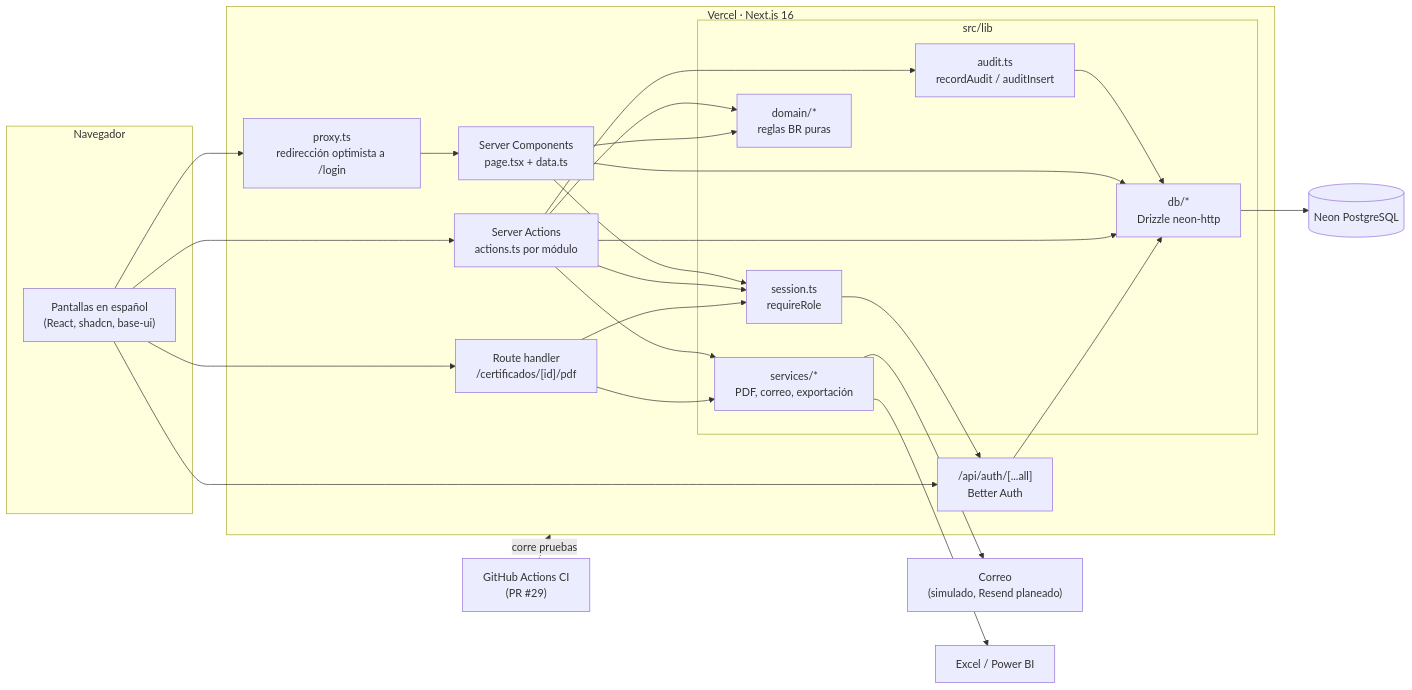
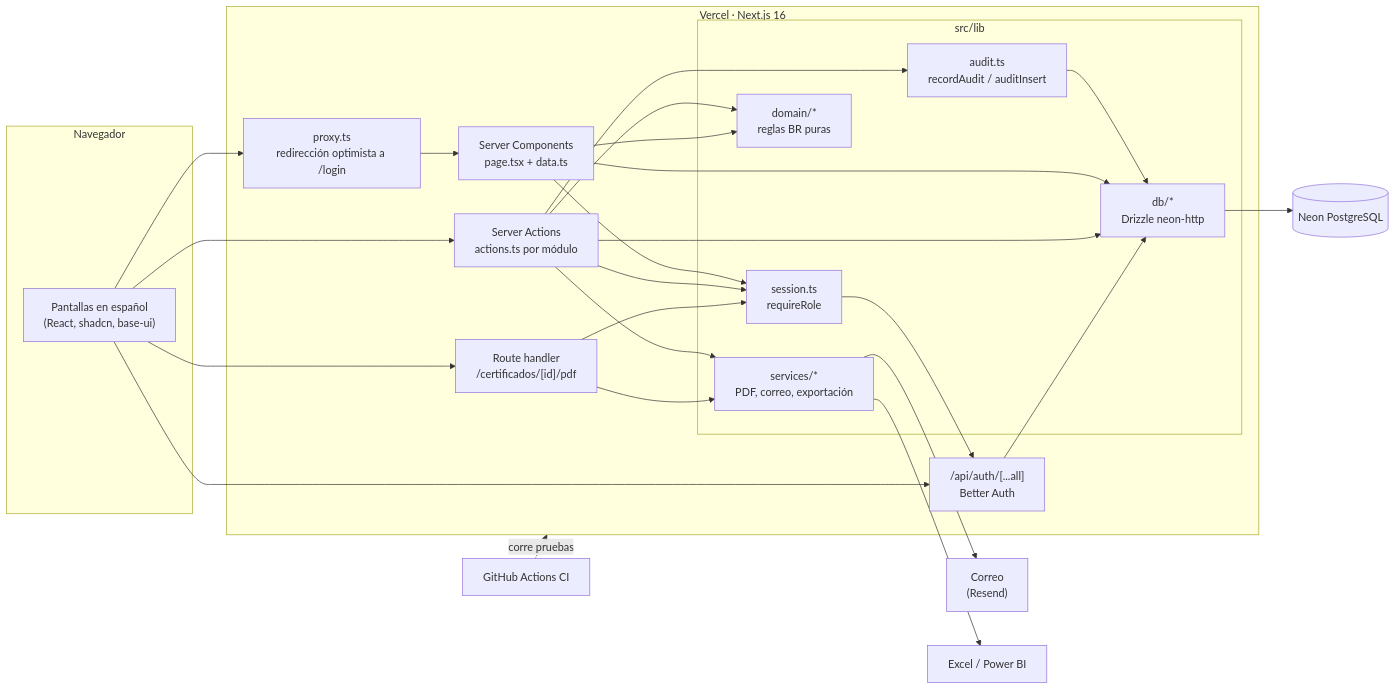
One commit to Freddy-Nader/harinas-elizondo changed the first of 5 diagrams in docs/especificacion-tecnica-es.md. Above: the diagram before and after it, drawn with Mermaid. The commit also changed other lines of this file and 5 other files, not shown here.

First line of the commit message:
docs: architecture, database and process documents with a docs index

````diff
--- a/docs/especificacion-tecnica-es.md
+++ b/docs/especificacion-tecnica-es.md
@@ -44,48 +44,48 @@
 ```mermaid
 flowchart LR
   subgraph Cliente["Navegador"]
     UI["Pantallas en español<br/>(React, shadcn, base-ui)"]
   end
 
   subgraph Vercel["Vercel · Next.js 16"]
     Proxy["proxy.ts<br/>redirección optimista a /login"]
     RSC["Server Components<br/>page.tsx + data.ts"]
     SA["Server Actions<br/>actions.ts por módulo"]
     PDFRoute["Route handler<br/>/certificados/[id]/pdf"]
     AuthAPI["/api/auth/[...all]<br/>Better Auth"]
     subgraph Lib["src/lib"]
       Session["session.ts<br/>requireRole"]
       Domain["domain/*<br/>reglas BR puras"]
       Audit["audit.ts<br/>recordAudit / auditInsert"]
       Services["services/*<br/>PDF, correo, exportación"]
       DB["db/*<br/>Drizzle neon-http"]
     end
   end
 
   Neon[("Neon PostgreSQL")]
-  Mail["Correo<br/>(simulado, Resend planeado)"]
+  Mail["Correo<br/>(Resend)"]
   BI["Excel / Power BI"]
-  CI["GitHub Actions CI<br/>(PR #29)"]
+  CI["GitHub Actions CI"]
 
   UI --> Proxy --> RSC
   UI --> SA
   UI --> PDFRoute
   UI --> AuthAPI
   RSC --> Session
   SA --> Session
   PDFRoute --> Session
   SA --> Domain
   RSC --> Domain
   SA --> Audit
   SA --> Services
   PDFRoute --> Services
   Session --> AuthAPI
   Audit --> DB
   RSC --> DB
   SA --> DB
   AuthAPI --> DB
   DB --> Neon
   Services --> Mail
   Services --> BI
   CI -. corre pruebas .-> Vercel
 ```
````
